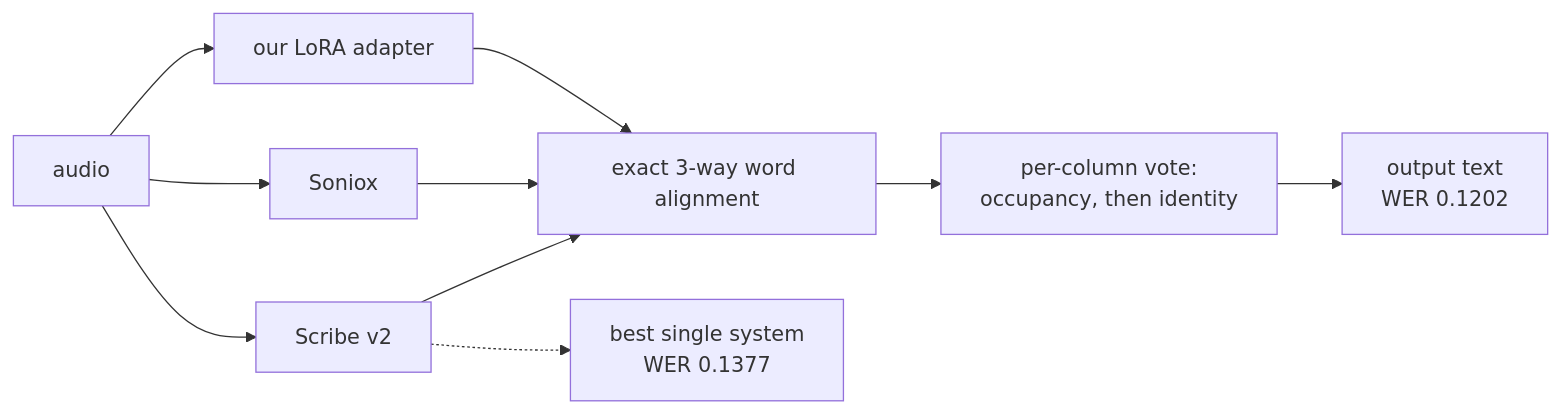
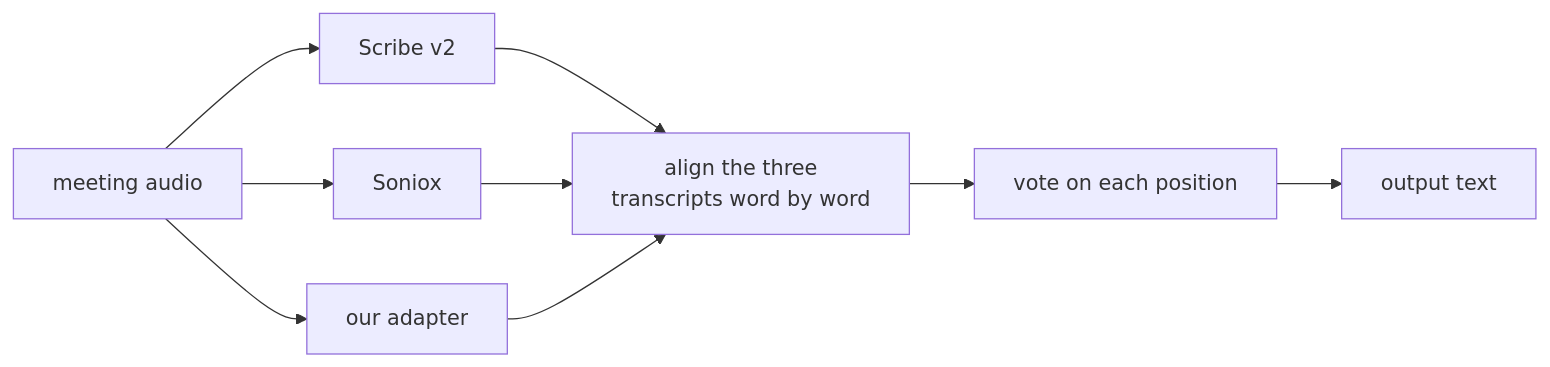
The diagram in FINAL_REPORT.md (eellak/gsoc2026-opencouncil-stt), drawn with Mermaid before and after one commit. The commit also changed other lines of this file and 1 other file, not shown here.

Commit message:
text changes and updates to the final report

````diff
--- a/FINAL_REPORT.md
+++ b/FINAL_REPORT.md
@@ -151,12 +211,11 @@
 ```mermaid
 flowchart LR
-    A["audio"] --> B["Scribe v2"]
+    A["meeting audio"] --> B["Scribe v2"]
     A --> C["Soniox"]
-    A --> D["our LoRA adapter"]
-    B --> E["exact 3-way word alignment"]
+    A --> D["our adapter"]
+    B --> E["align the three<br/>transcripts word by word"]
     C --> E
     D --> E
-    E --> F["per-column vote:<br/>occupancy, then identity"]
-    F --> G["output text<br/>WER 0.1202"]
-    B -.-> H["best single system<br/>WER 0.1377"]
+    E --> F["vote on each position"]
+    F --> G["output text"]
 ```
````
